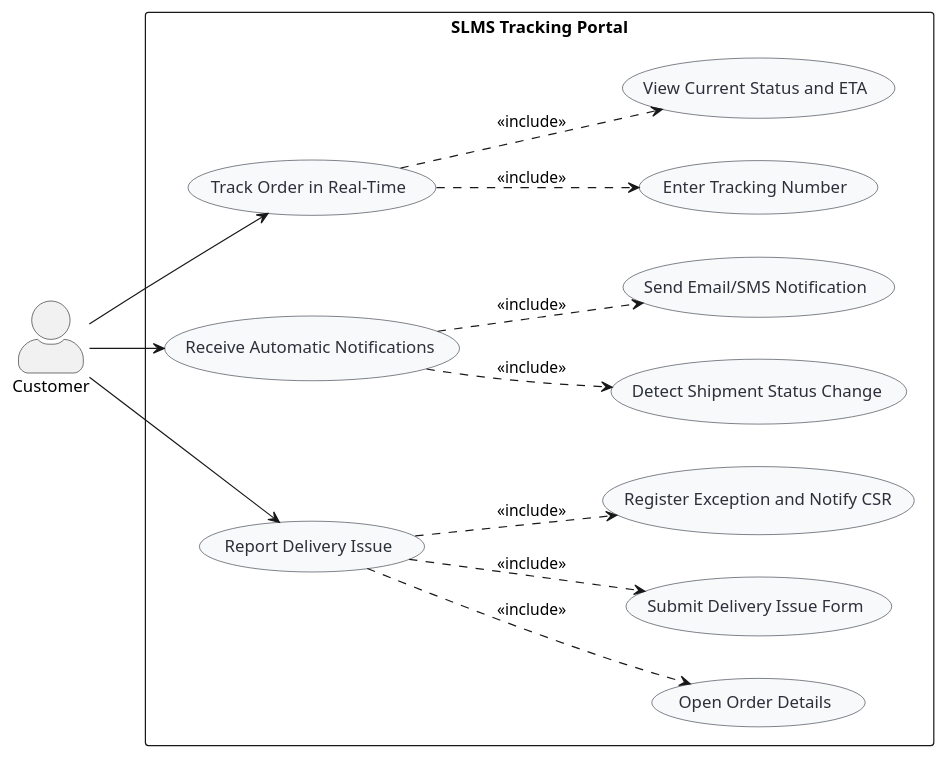
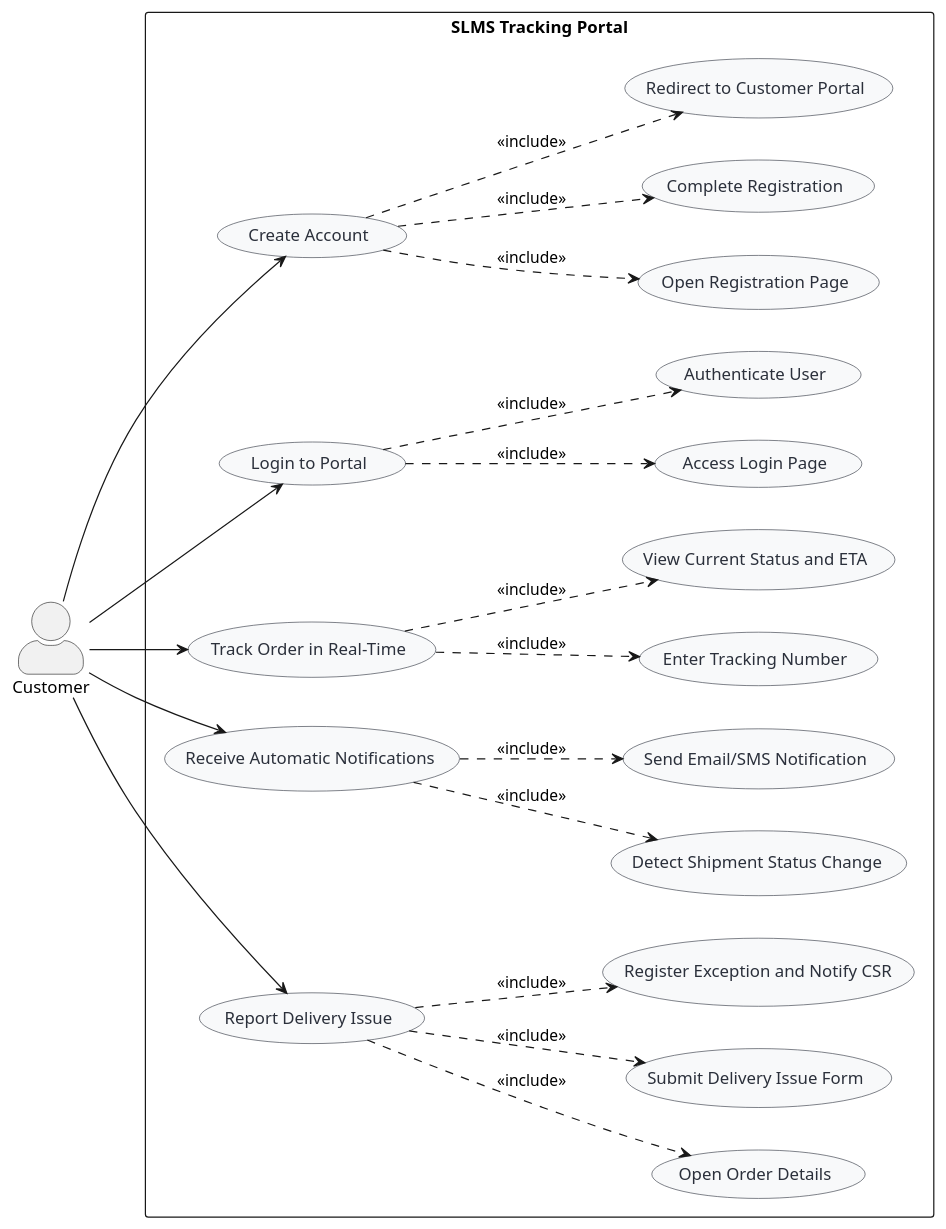
One commit to hujuc/Smart-Logistics-ES changed the diagram in docs/per-sprint/sprint2/use-case-diagrams/customer.puml. Above: the diagram before and after it, drawn with PlantUML. The commit also changed 1 other file, not shown here.

```diff
--- a/docs/per-sprint/sprint2/use-case-diagrams/customer.puml
+++ b/docs/per-sprint/sprint2/use-case-diagrams/customer.puml
@@ -1,43 +1,59 @@
 @startuml customerUCs
 left to right direction
 skinparam actorStyle awesome
 skinparam usecase {
   BackgroundColor #f8f9fa
   BorderColor #2b303b
   FontColor #2b303b
 }
 
 actor "Customer" as Customer
 
 rectangle "SLMS Tracking Portal" {
+  usecase "Create Account" as UC_CreateAccount
+  usecase "Login to Portal" as UC_Login
   usecase "Track Order in Real-Time" as UC_TrackOrder
   usecase "Receive Automatic Notifications" as UC_ReceiveNotifications
   usecase "Report Delivery Issue" as UC_ReportIssue
 
   ' Subflows / internal actions
+  usecase "Open Registration Page" as UC_OpenRegPage
+  usecase "Complete Registration" as UC_CompleteReg
+  usecase "Redirect to Customer Portal" as UC_AccessPortal
+  usecase "Access Login Page" as UC_AccessLogin
+  usecase "Authenticate User" as UC_Authenticate
   usecase "Enter Tracking Number" as UC_EnterTracking
   usecase "View Current Status and ETA" as UC_ViewStatus
   usecase "Detect Shipment Status Change" as UC_DetectStatusChange
   usecase "Send Email/SMS Notification" as UC_SendNotification
   usecase "Open Order Details" as UC_OpenDetails
   usecase "Submit Delivery Issue Form" as UC_SubmitIssue
   usecase "Register Exception and Notify CSR" as UC_NotifyCSR
 }
 
 ' Main interactions
+Customer --> UC_CreateAccount
+Customer --> UC_Login
 Customer --> UC_TrackOrder
 Customer --> UC_ReceiveNotifications
 Customer --> UC_ReportIssue
 
-' Includes
+' Includes / subflows
+UC_CreateAccount ..> UC_OpenRegPage : <<include>>
+UC_CreateAccount ..> UC_CompleteReg : <<include>>
+UC_CreateAccount ..> UC_AccessPortal : <<include>>
+
+UC_Login ..> UC_AccessLogin : <<include>>
+UC_Login ..> UC_Authenticate : <<include>>
+
 UC_TrackOrder ..> UC_EnterTracking : <<include>>
 UC_TrackOrder ..> UC_ViewStatus : <<include>>
 
 UC_ReceiveNotifications ..> UC_DetectStatusChange : <<include>>
 UC_ReceiveNotifications ..> UC_SendNotification : <<include>>
 
 UC_ReportIssue ..> UC_OpenDetails : <<include>>
 UC_ReportIssue ..> UC_SubmitIssue : <<include>>
 UC_ReportIssue ..> UC_NotifyCSR : <<include>>
 
 @enduml
```
